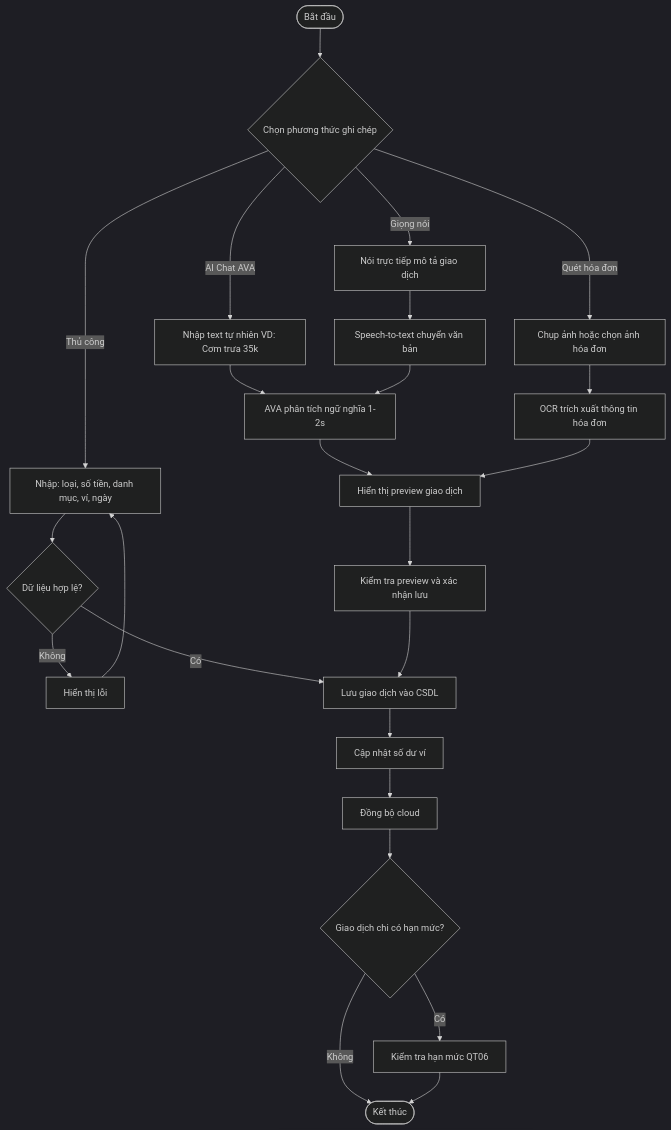
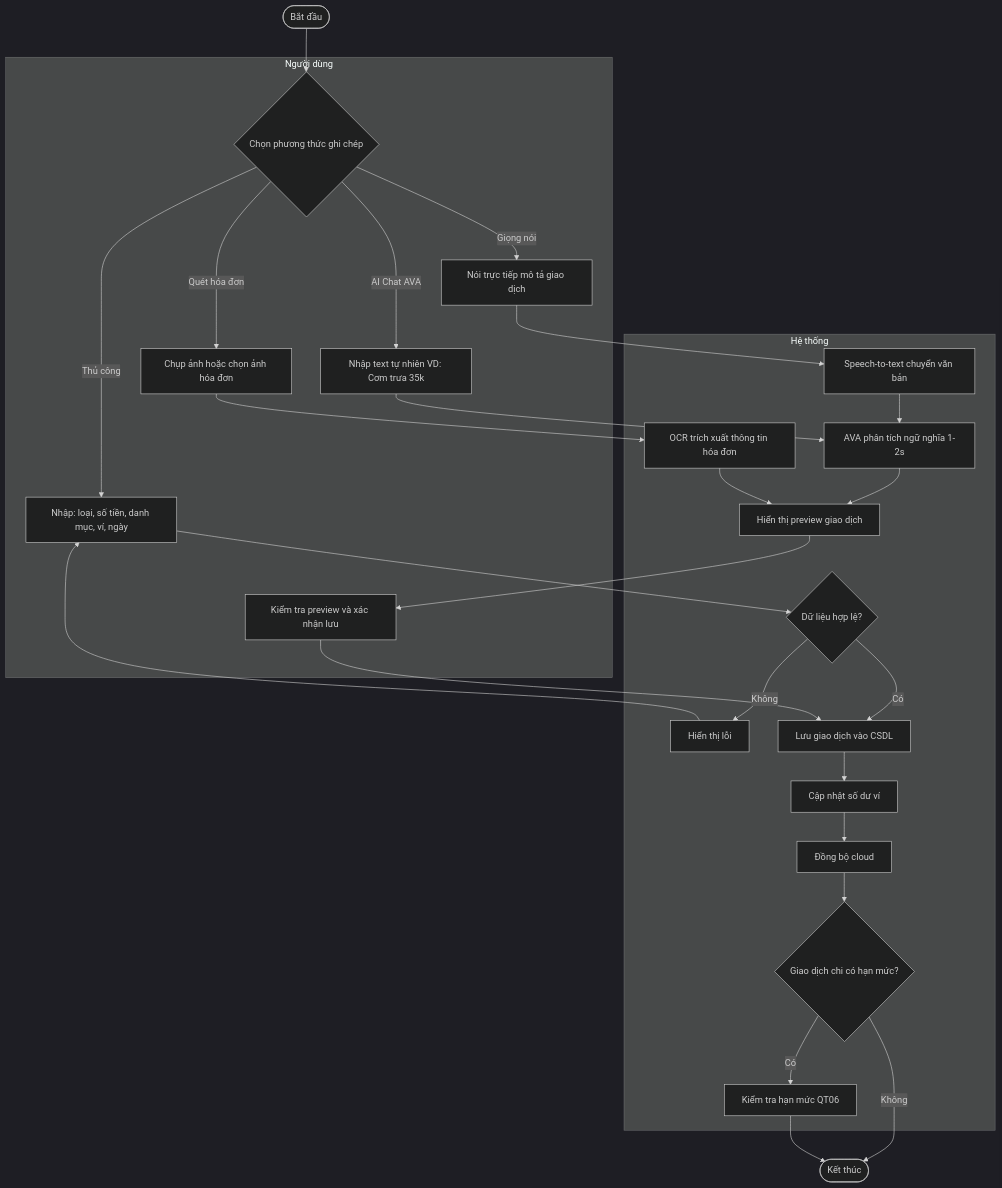
One commit to Hieu-vn/Graduation-Thesis changed the fourth of 10 diagrams in Nghiên cứu MISA MoneyKeeper.md. Above: the diagram before and after it, drawn with Mermaid (dark theme). The commit also changed other lines of this file, not shown here.

Commit message:
feat: conditionally disable chat input and send button based on chat state

````diff
--- a/Nghiên cứu MISA MoneyKeeper.md
+++ b/Nghiên cứu MISA MoneyKeeper.md
@@ -123,25 +192,52 @@
 ```mermaid
 flowchart TD
-    A([Bắt đầu]) --> B{Chọn phương thức ghi chép}
-    B -->|Thủ công| C1[Nhập: loại, số tiền, danh mục, ví, ngày]
-    B -->|AI Chat AVA| C2[Nhập text tự nhiên VD: Cơm trưa 35k]
-    B -->|Giọng nói| C3[Nói trực tiếp mô tả giao dịch]
-    B -->|Quét hóa đơn| C4[Chụp ảnh hoặc chọn ảnh hóa đơn]
-    C1 --> D1{Dữ liệu hợp lệ?}
-    D1 -->|Không| E1[Hiển thị lỗi] --> C1
-    D1 -->|Có| F[Lưu giao dịch vào CSDL]
-    C2 --> D2[AVA phân tích ngữ nghĩa 1-2s]
-    D2 --> D5[Hiển thị preview giao dịch]
-    C3 --> D3[Speech-to-text chuyển văn bản]
+    A([Bắt đầu])
+
+    subgraph NguoiDung["Người dùng"]
+        B{Chọn phương thức ghi chép}
+        C1[Nhập: loại, số tiền, danh mục, ví, ngày]
+        C2[Nhập text tự nhiên VD: Cơm trưa 35k]
+        C3[Nói trực tiếp mô tả giao dịch]
+        C4[Chụp ảnh hoặc chọn ảnh hóa đơn]
+        J[Kiểm tra preview và xác nhận lưu]
+    end
+
+    subgraph HeThong["Hệ thống"]
+        D1{Dữ liệu hợp lệ?}
+        E1[Hiển thị lỗi]
+        D2[AVA phân tích ngữ nghĩa 1-2s]
+        D3[Speech-to-text chuyển văn bản]
+        D4[OCR trích xuất thông tin hóa đơn]
+        D5[Hiển thị preview giao dịch]
+        F[Lưu giao dịch vào CSDL]
+        G[Cập nhật số dư ví]
+        G2[Đồng bộ cloud]
+        H{Giao dịch chi có hạn mức?}
+        I[Kiểm tra hạn mức QT06]
+    end
+
+    K([Kết thúc])
+
+    A --> B
+    B -->|Thủ công| C1
+    B -->|AI Chat AVA| C2
+    B -->|Giọng nói| C3
+    B -->|Quét hóa đơn| C4
+    C1 --> D1
+    D1 -->|Không| E1 --> C1
+    D1 -->|Có| F
+    C2 --> D2
+    D2 --> D5
+    C3 --> D3
     D3 --> D2
-    C4 --> D4[OCR trích xuất thông tin hóa đơn]
+    C4 --> D4
     D4 --> D5
-    D5 --> J[Kiểm tra preview và xác nhận lưu]
+    D5 --> J
     J --> F
-    F --> G[Cập nhật số dư ví]
-    G --> G2[Đồng bộ cloud]
-    G2 --> H{Giao dịch chi có hạn mức?}
-    H -->|Có| I[Kiểm tra hạn mức QT06]
-    H -->|Không| K([Kết thúc])
+    F --> G
+    G --> G2
+    G2 --> H
+    H -->|Có| I
+    H -->|Không| K
     I --> K
 ```
````
